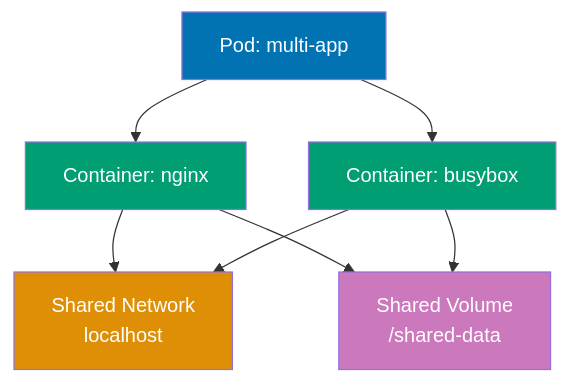
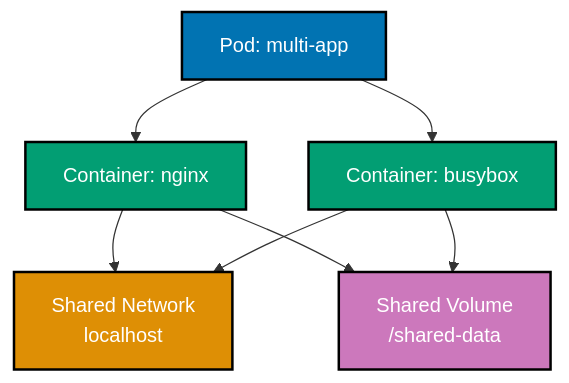
Before and after one commit to wahidyankf/open-sharia-enterprise: the second of 9 diagrams in apps/ayokoding-web/content/en/learn/software-engineering/infrastructure/tools/kubernetes/by-example/beginner.md, drawn with Mermaid. The commit also changed other lines of this file and 25 other files, not shown here.

````diff
--- a/apps/ayokoding-web/content/en/learn/software-engineering/infrastructure/tools/kubernetes/by-example/beginner.md
+++ b/apps/ayokoding-web/content/en/learn/software-engineering/infrastructure/tools/kubernetes/by-example/beginner.md
@@ -121,16 +122,17 @@
 ```mermaid
+%% Color Palette: Blue #0173B2, Orange #DE8F05, Teal #029E73, Purple #CC78BC, Brown #CA9161
 %% Multi-container Pod architecture
 graph TD
  A[Pod: multi-app] --> B[Container: nginx]
  A --> C[Container: busybox]
  B --> D[Shared Network<br/>localhost]
  C --> D
  B --> E[Shared Volume<br/>/shared-data]
  C --> E
 
- style A fill:#0173B2,color:#fff
- style B fill:#029E73,color:#fff
- style C fill:#029E73,color:#fff
- style D fill:#DE8F05,color:#fff
- style E fill:#CC78BC,color:#fff
+ style A fill:#0173B2,stroke:#000000,stroke-width:2px,color:#fff
+ style B fill:#029E73,stroke:#000000,stroke-width:2px,color:#fff
+ style C fill:#029E73,stroke:#000000,stroke-width:2px,color:#fff
+ style D fill:#DE8F05,stroke:#000000,stroke-width:2px,color:#fff
+ style E fill:#CC78BC,stroke:#000000,stroke-width:2px,color:#fff
 ```
````
